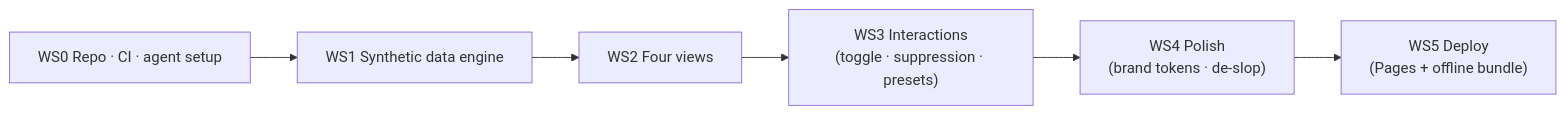
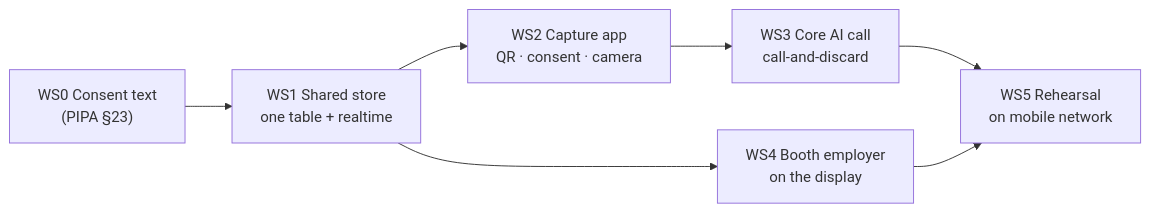
The second of 2 diagrams in employer-dashboard-poc/docs/PRD.md (jangwookimbusiness-dev/iclo-us-employee-dashboard), drawn with Mermaid before and after one commit. The commit also changed other lines of this file and 2 other files, not shown here.

````diff
--- a/employer-dashboard-poc/docs/PRD.md
+++ b/employer-dashboard-poc/docs/PRD.md
@@ -113,8 +136,9 @@
 ```mermaid
 flowchart LR
-    WS0["WS0 Repo · CI · agent setup"] --> WS1["WS1 Synthetic data engine"]
-    WS1 --> WS2["WS2 Four views"]
-    WS2 --> WS3["WS3 Interactions<br/>(toggle · suppression · presets)"]
-    WS3 --> WS4["WS4 Polish<br/>(brand tokens · de-slop)"]
-    WS4 --> WS5["WS5 Deploy<br/>(Pages + offline bundle)"]
+    WS0["WS0 Consent text<br/>(PIPA §23)"] --> WS1["WS1 Shared store<br/>one table + realtime"]
+    WS1 --> WS2["WS2 Capture app<br/>QR · consent · camera"]
+    WS2 --> WS3["WS3 Core AI call<br/>call-and-discard"]
+    WS1 --> WS4["WS4 Booth employer<br/>on the display"]
+    WS3 --> WS5["WS5 Rehearsal<br/>on mobile network"]
+    WS4 --> WS5
 ```
````
